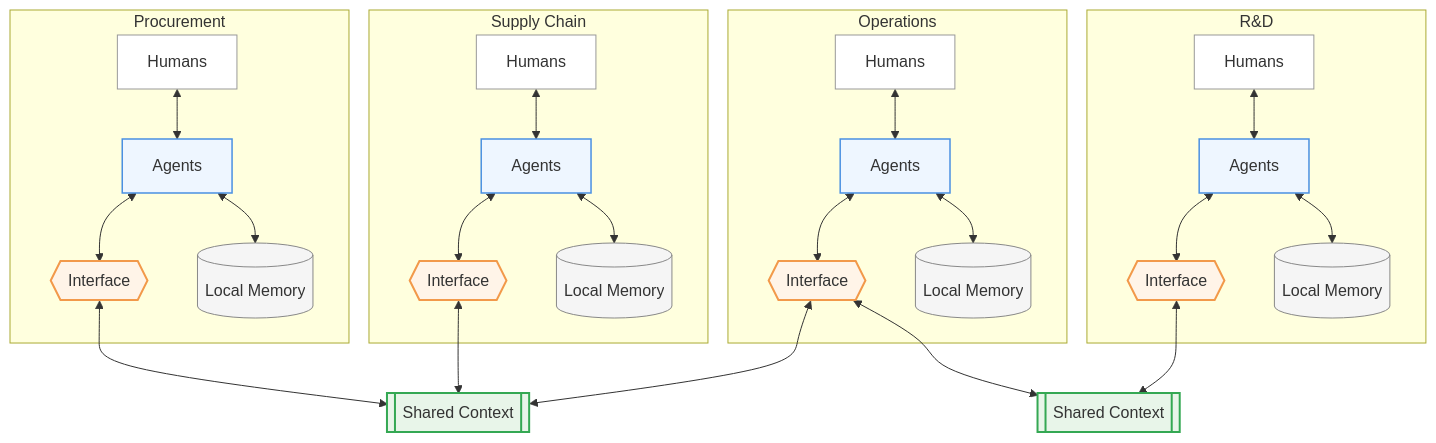
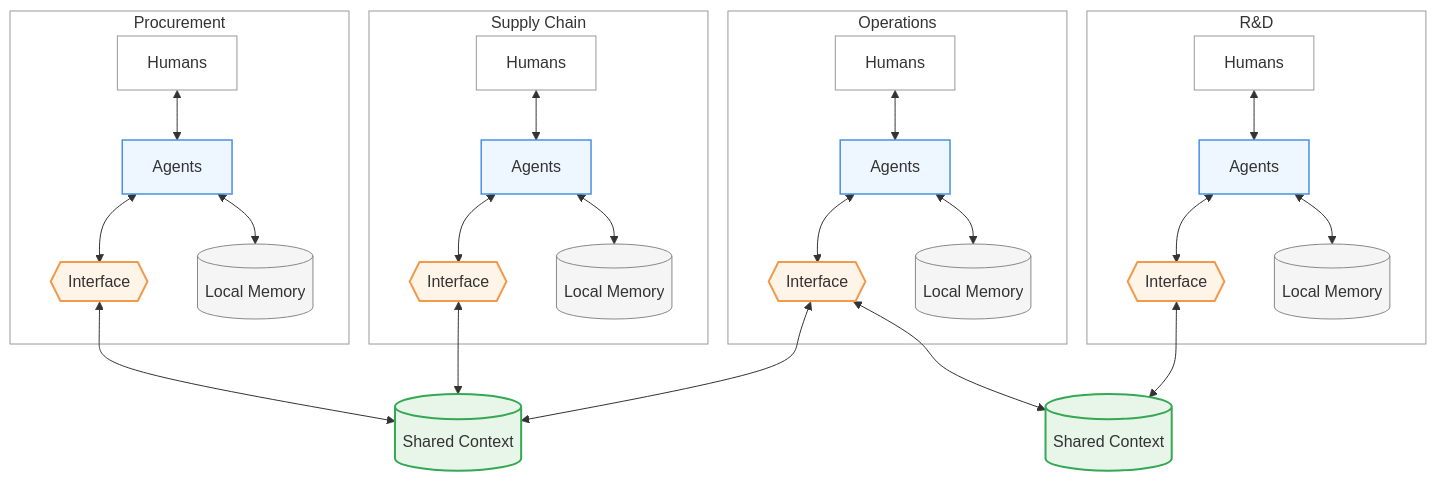
Before and after one commit to yueguoguo/yueguoguo.github.io: the third of 3 diagrams in _posts/2026-04-01-conway-principle.md, drawn with Mermaid. The commit also changed other lines of this file, not shown here.

Commit message:
update diagram

```diff
--- a/_posts/2026-04-01-conway-principle.md
+++ b/_posts/2026-04-01-conway-principle.md
@@ -355,54 +247,54 @@
 <div class="mermaid">
 flowchart TD
 
     %% ===== Nodes =====
     subgraph P["Procurement"]
         PH[Humans] <--> PA[Agents]
         PA <--> PI{{Interface}}
         PA <--> PM[(Local Memory)]
     end
 
     subgraph S["Supply Chain"]
         SH[Humans] <--> SA[Agents]
         SA <--> SI{{Interface}}
         SA <--> SM[(Local Memory)]
     end
 
-    SC1[[Shared Context]]
+    SC1[(Shared Context)]
 
     subgraph O["Operations"]
         OH[Humans] <--> OA[Agents]
         OA <--> OI{{Interface}}
         OA <--> OM[(Local Memory)]
     end
 
-    SC2[[Shared Context]]
+    SC2[(Shared Context)]
 
     subgraph R["R&D"]
         RH[Humans] <--> RA[Agents]
         RA <--> RI{{Interface}}
         RA <--> RM[(Local Memory)]
     end
 
     %% ===== Links =====
     PI <--> SC1
     SI <--> SC1
     OI <--> SC1
 
     OI <--> SC2
     RI <--> SC2
 
     %% ===== Styles =====
     classDef org fill:#ffffff,stroke:#999,stroke-width:1px;
     classDef agent fill:#eef6ff,stroke:#4a90e2,stroke-width:1.5px;
     classDef memory fill:#f5f5f5,stroke:#888,stroke-width:1px;
     classDef interface fill:#fff4e8,stroke:#f2994a,stroke-width:2px;
     classDef context fill:#e8f5e9,stroke:#34a853,stroke-width:2px;
 
-    %% Apply styles
+    class P,S,O,R org;
     class PH,SH,OH,RH org;
     class PA,SA,OA,RA agent;
     class PM,SM,OM,RM memory;
     class PI,SI,OI,RI interface;
     class SC1,SC2 context;
 </div>
```
